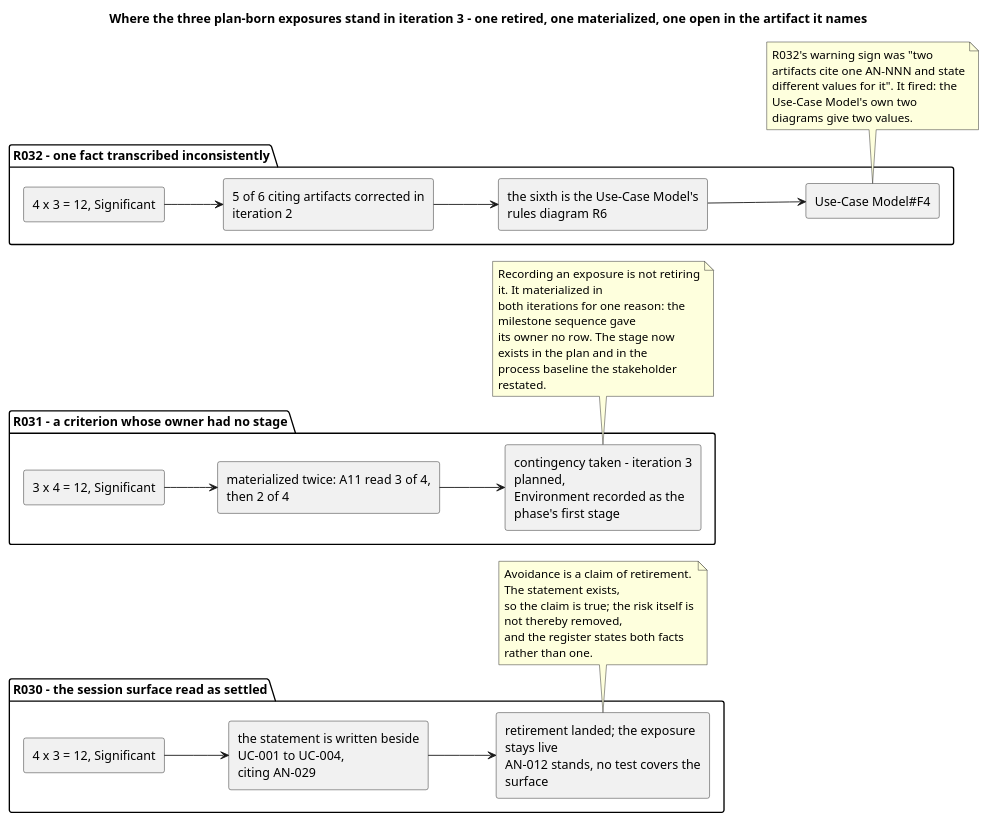
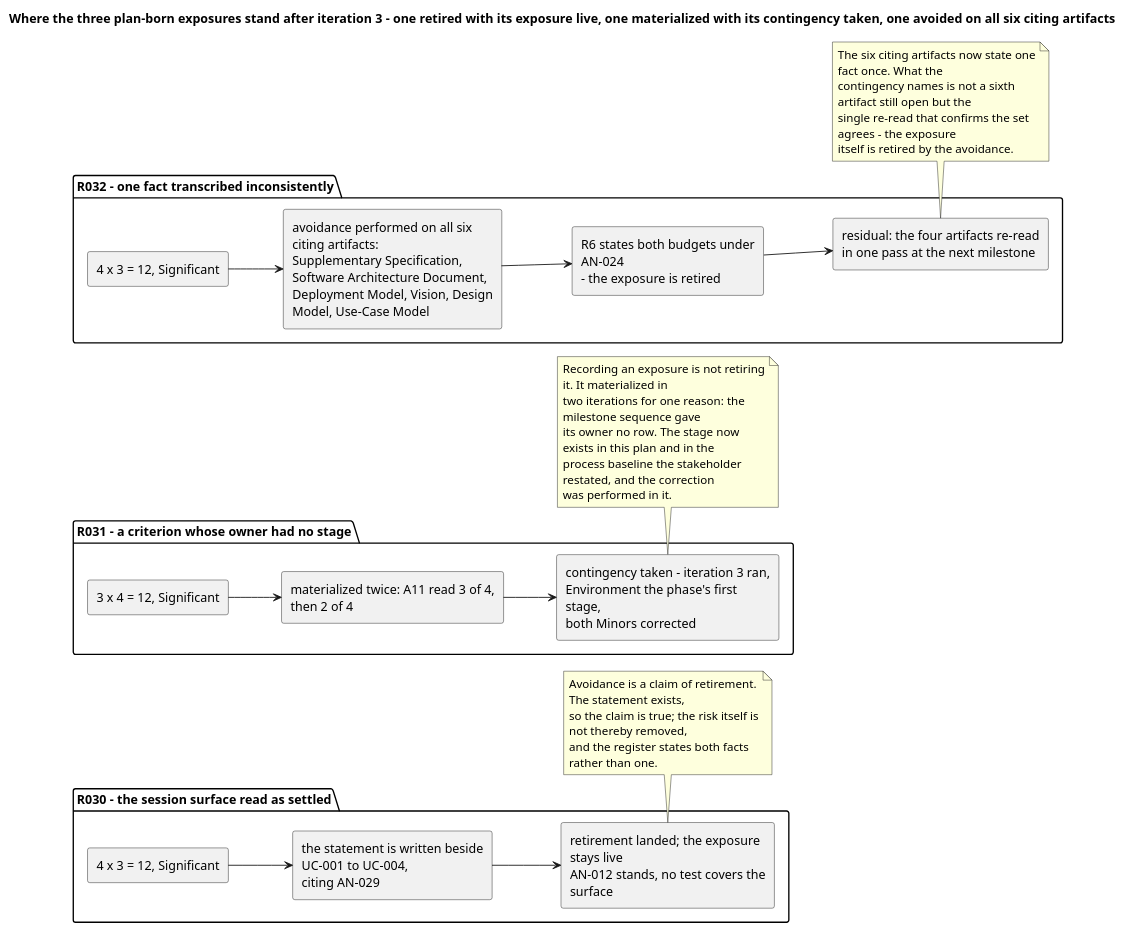
Before and after one commit to banense-test/TodoApp: the third of 3 diagrams in docs/artifacts/project-management/risk-list.md, drawn with PlantUML. The commit also changed other lines of this file, not shown here.

Commit message:
Project Manager [Excavation3]: upsert Risk List
[skip ci]

````diff
--- a/docs/artifacts/project-management/risk-list.md
+++ b/docs/artifacts/project-management/risk-list.md
@@ -263,51 +263,53 @@
 ```plantuml
 @startuml
-title Where the three plan-born exposures stand in iteration 3 - one retired, one materialized, one open in the artifact it names
+title Where the three plan-born exposures stand after iteration 3 - one retired with its exposure live, one materialized with its contingency taken, one avoided on all six citing artifacts
 skinparam shadowing false
 skinparam componentStyle rectangle
 skinparam wrapWidth 230
 left to right direction
 
 package "R030 - the session surface read as settled" {
   component "4 x 3 = 12, Significant" as R30
   component "the statement is written beside UC-001 to UC-004,\nciting AN-029" as R30A
   component "retirement landed; the exposure stays live\nAN-012 stands, no test covers the surface" as R30B
 }
 package "R031 - a criterion whose owner had no stage" {
   component "3 x 4 = 12, Significant" as R31
   component "materialized twice: A11 read 3 of 4, then 2 of 4" as R31A
-  component "contingency taken - iteration 3 planned,\nEnvironment recorded as the phase's first stage" as R31B
+  component "contingency taken - iteration 3 ran,\nEnvironment the phase's first stage,\nboth Minors corrected" as R31B
 }
 package "R032 - one fact transcribed inconsistently" {
   component "4 x 3 = 12, Significant" as R32
-  component "5 of 6 citing artifacts corrected in iteration 2" as R32A
-  component "the sixth is the Use-Case Model's rules diagram R6" as R32B
-  component "Use-Case Model#F4" as R32C
+  component "avoidance performed on all six citing artifacts:\nSupplementary Specification, Software Architecture Document,\nDeployment Model, Vision, Design Model, Use-Case Model" as R32A
+  component "R6 states both budgets under AN-024\n- the exposure is retired" as R32B
+  component "residual: the four artifacts re-read\nin one pass at the next milestone" as R32C
 }
 
 R30 --> R30A
 R30A --> R30B
 R31 --> R31A
 R31A --> R31B
 R32 --> R32A
 R32A --> R32B
 R32B --> R32C
 
 note bottom of R30B
   Avoidance is a claim of retirement. The statement exists,
   so the claim is true; the risk itself is not thereby removed,
   and the register states both facts rather than one.
 end note
 note bottom of R31B
   Recording an exposure is not retiring it. It materialized in
-  both iterations for one reason: the milestone sequence gave
-  its owner no row. The stage now exists in the plan and in the
-  process baseline the stakeholder restated.
+  two iterations for one reason: the milestone sequence gave
+  its owner no row. The stage now exists in this plan and in the
+  process baseline the stakeholder restated, and the correction
+  was performed in it.
 end note
 note bottom of R32C
-  R032's warning sign was "two artifacts cite one AN-NNN and state
-  different values for it". It fired: the Use-Case Model's own two
-  diagrams give two values.
+  The six citing artifacts now state one fact once. What the
+  contingency names is not a sixth artifact still open but the
+  single re-read that confirms the set agrees - the exposure
+  itself is retired by the avoidance.
 end note
 @enduml
 ```
````
